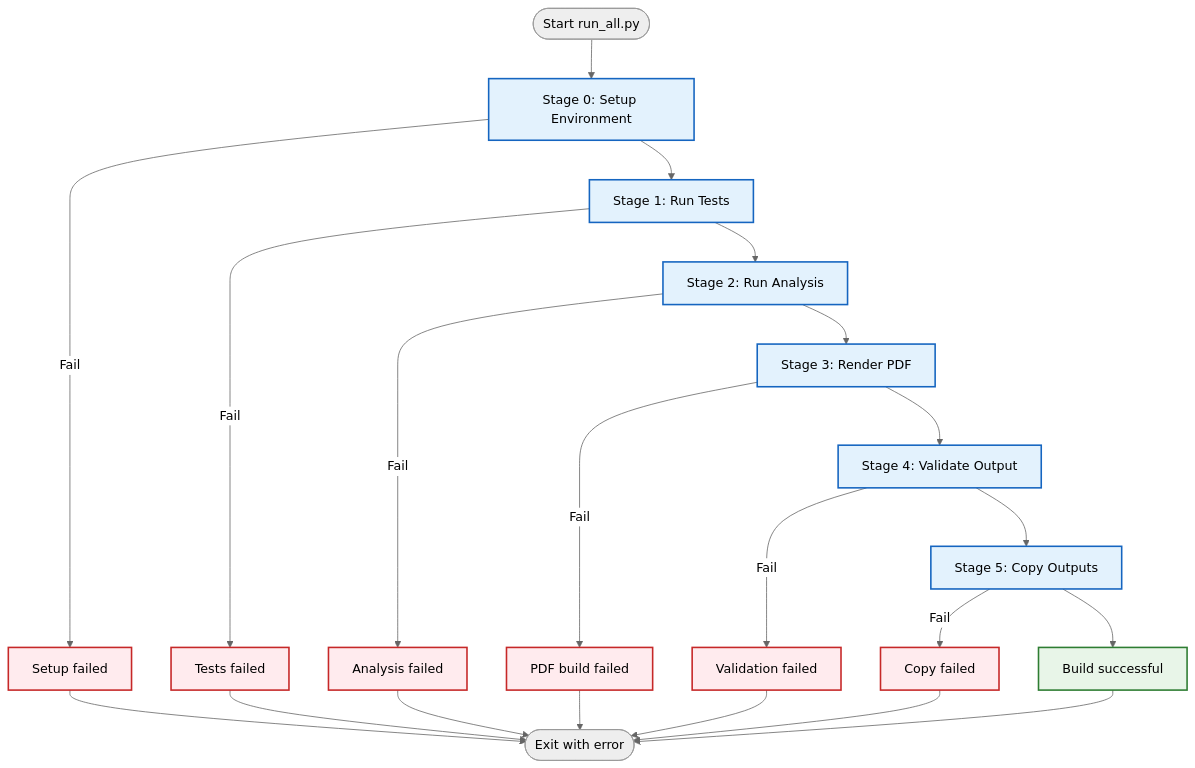
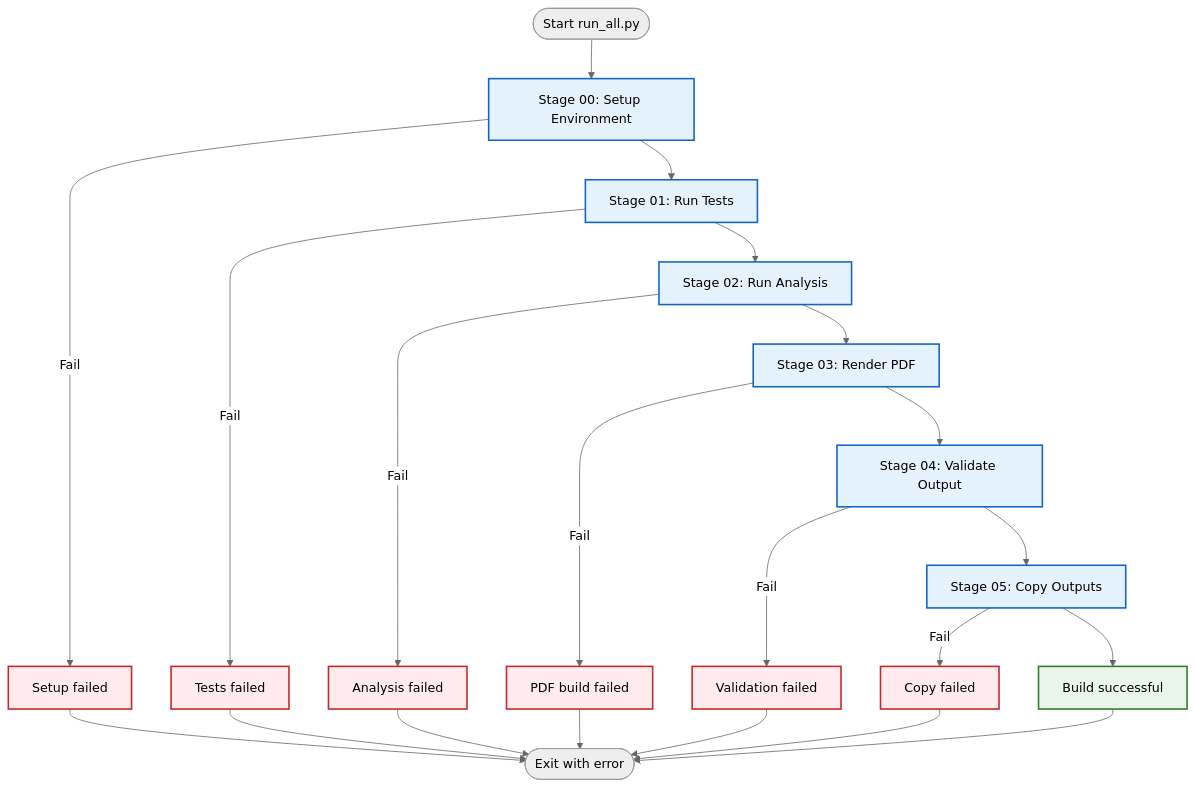
The diagram in docs/BUILD_SYSTEM.md (docxology/template), drawn with Mermaid (neutral theme) before and after one commit. The commit also changed other lines of this file and 128 other files, not shown here.

````diff
--- a/docs/BUILD_SYSTEM.md
+++ b/docs/BUILD_SYSTEM.md
@@ -40,34 +40,34 @@
 ```mermaid
 flowchart TD
-    START([Start run_all.py]) --> STAGE0[Stage 0: Setup Environment]
-    STAGE0 --> STAGE1[Stage 1: Run Tests]
-    STAGE1 --> STAGE2[Stage 2: Run Analysis]
-    STAGE2 --> STAGE3[Stage 3: Render PDF]
-    STAGE3 --> STAGE4[Stage 4: Validate Output]
-    STAGE4 --> STAGE5[Stage 5: Copy Outputs]
+    START([Start run_all.py]) --> STAGE0[Stage 00: Setup Environment]
+    STAGE0 --> STAGE1[Stage 01: Run Tests]
+    STAGE1 --> STAGE2[Stage 02: Run Analysis]
+    STAGE2 --> STAGE3[Stage 03: Render PDF]
+    STAGE3 --> STAGE4[Stage 04: Validate Output]
+    STAGE4 --> STAGE5[Stage 05: Copy Outputs]
     STAGE5 --> SUCCESS[Build successful]
     
     STAGE0 -->|Fail| FAIL0[Setup failed]
     STAGE1 -->|Fail| FAIL1[Tests failed]
     STAGE2 -->|Fail| FAIL2[Analysis failed]
     STAGE3 -->|Fail| FAIL3[PDF build failed]
     STAGE4 -->|Fail| FAIL4[Validation failed]
     STAGE5 -->|Fail| FAIL5[Copy failed]
     
     FAIL0 --> END([Exit with error])
     FAIL1 --> END
     FAIL2 --> END
     FAIL3 --> END
     FAIL4 --> END
     FAIL5 --> END
     
     SUCCESS --> END
     
     classDef success fill:#e8f5e8,stroke:#2e7d32,stroke-width:2px
     classDef failure fill:#ffebee,stroke:#c62828,stroke-width:2px
     classDef process fill:#e3f2fd,stroke:#1565c0,stroke-width:2px
     
     class SUCCESS success
     class FAIL0,FAIL1,FAIL2,FAIL3,FAIL4,FAIL5 failure
     class STAGE0,STAGE1,STAGE2,STAGE3,STAGE4,STAGE5 process
 ```
````
